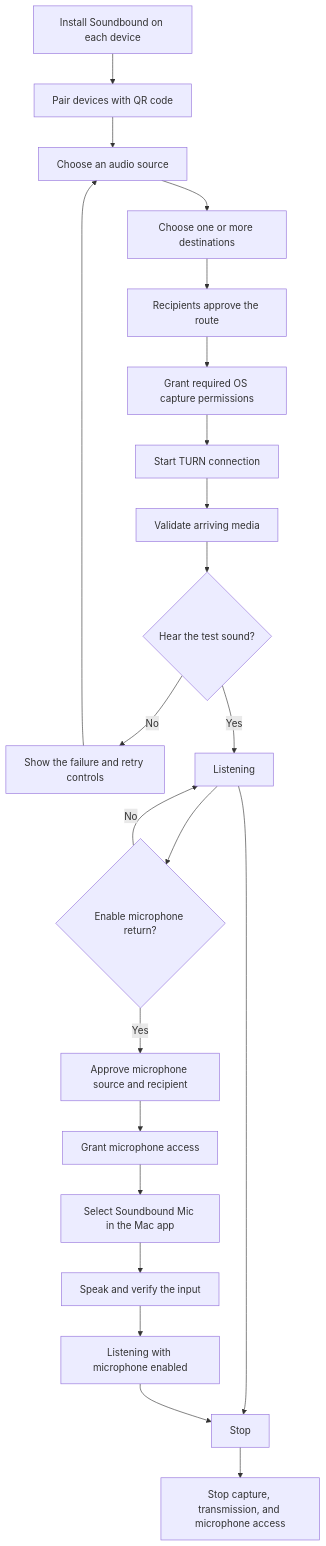
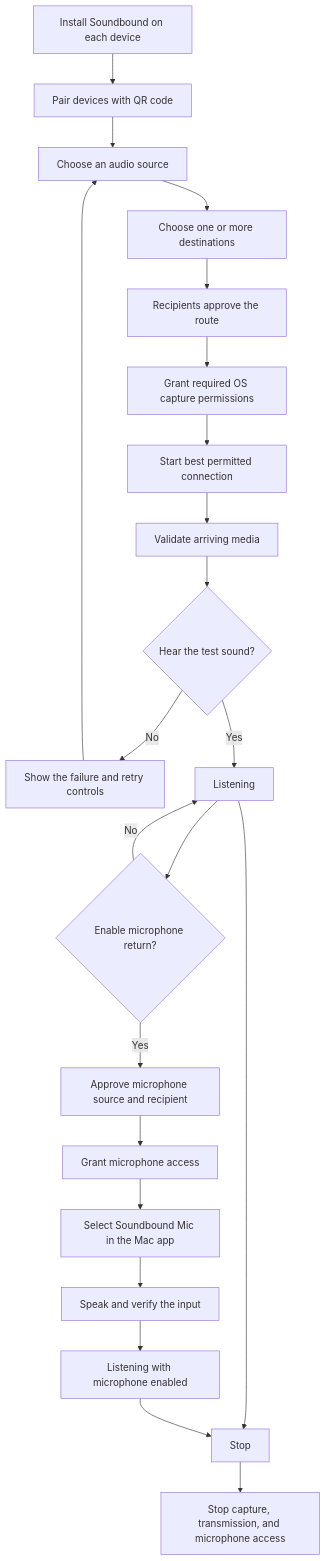
One commit to lantos1618/soundbound changed the fifth of 5 diagrams in README.md. Above: the diagram before and after it, drawn with Mermaid. The commit also changed other lines of this file, not shown here.

````diff
--- a/README.md
+++ b/README.md
@@ -239,24 +283,24 @@
 ```mermaid
 flowchart TD
     A[Install Soundbound on each device] --> B[Pair devices with QR code]
     B --> C[Choose an audio source]
     C --> D[Choose one or more destinations]
     D --> E[Recipients approve the route]
     E --> F[Grant required OS capture permissions]
-    F --> G[Start TURN connection]
+    F --> G[Start best permitted connection]
     G --> H[Validate arriving media]
     H --> I{Hear the test sound?}
     I -->|No| X[Show the failure and retry controls]
     X --> C
     I -->|Yes| J[Listening]
     J --> K{Enable microphone return?}
     K -->|No| J
     K -->|Yes| L[Approve microphone source and recipient]
     L --> M[Grant microphone access]
     M --> N[Select Soundbound Mic in the Mac app]
     N --> O[Speak and verify the input]
     O --> P[Listening with microphone enabled]
     J --> Q[Stop]
     P --> Q
     Q --> R[Stop capture, transmission, and microphone access]
 ```
````
